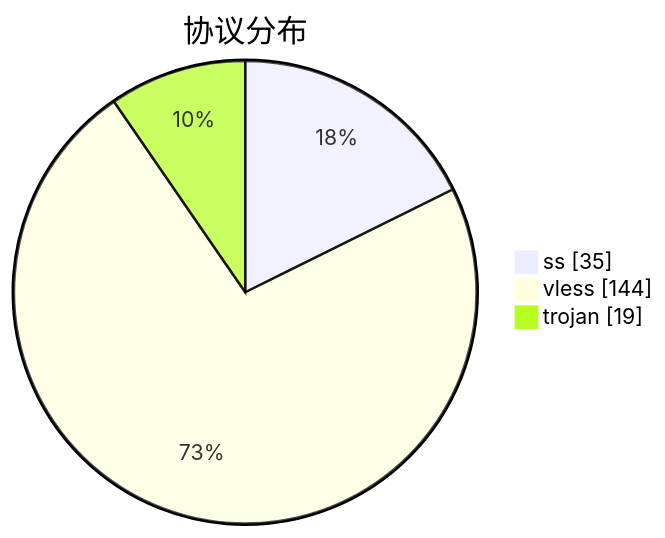
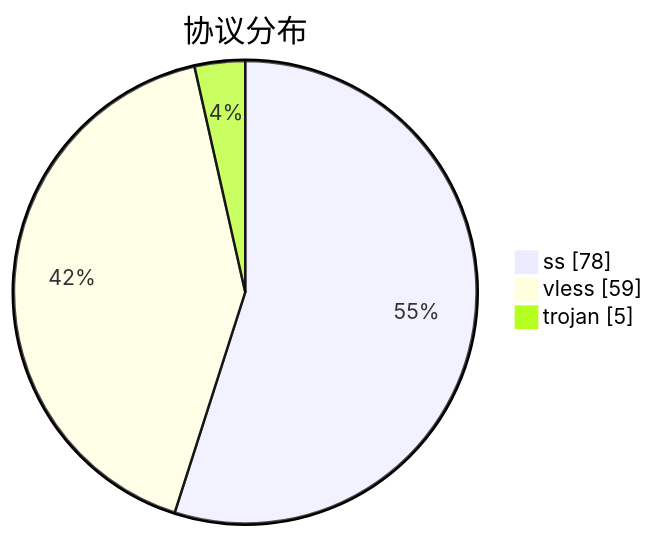
The third of 3 diagrams in subs/statistics/tested_within.md (qjlxg/airport), drawn with Mermaid before and after one commit. The commit also changed other lines of this file and 2 other files, not shown here.

````diff
--- a/subs/statistics/tested_within.md
+++ b/subs/statistics/tested_within.md
@@ -28,7 +29,7 @@
 ```mermaid
 pie showData
 title 协议分布
-"ss" : 35
-"vless" : 144
-"trojan" : 19
+"ss" : 78
+"vless" : 59
+"trojan" : 5
 ```
````
